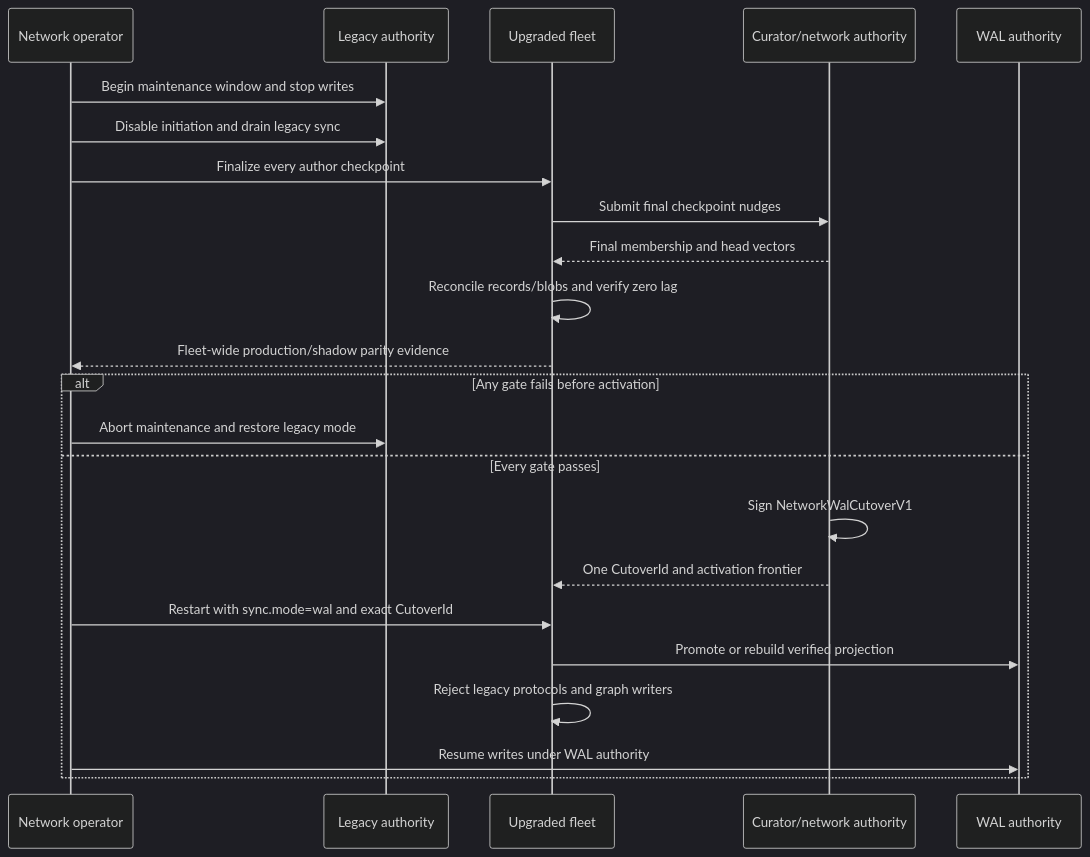
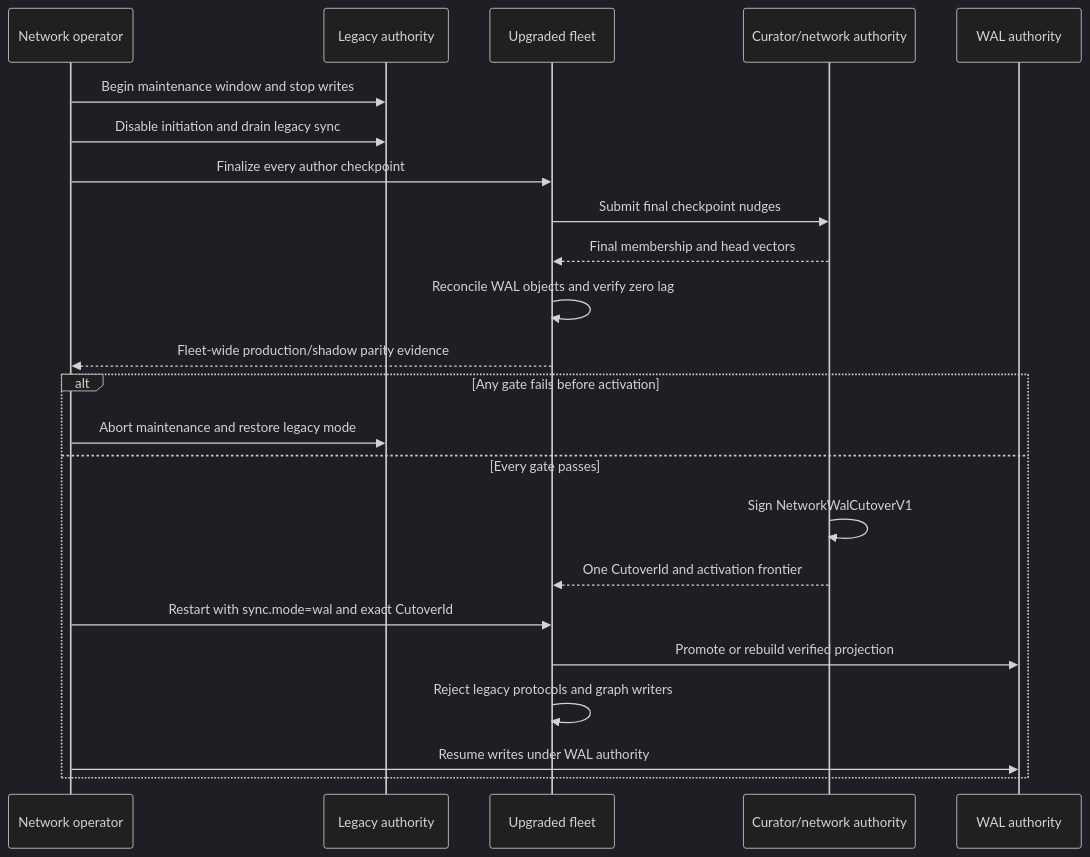
Before and after one commit to OriginTrail/dkg: the seventh of 7 diagrams in docs/active-now/wal-parallel-protocol-task-pack/OT-RFC-65-wal-byte-set-reconciliation-sync.md, drawn with Mermaid (dark theme). The commit also changed other lines of this file and 4 other files, not shown here.

````diff
--- a/docs/active-now/wal-parallel-protocol-task-pack/OT-RFC-65-wal-byte-set-reconciliation-sync.md
+++ b/docs/active-now/wal-parallel-protocol-task-pack/OT-RFC-65-wal-byte-set-reconciliation-sync.md
@@ -1144,26 +1336,26 @@
 ```mermaid
 sequenceDiagram
     participant O as Network operator
     participant L as Legacy authority
     participant N as Upgraded fleet
     participant C as Curator/network authority
     participant W as WAL authority
 
     O->>L: Begin maintenance window and stop writes
     O->>L: Disable initiation and drain legacy sync
     O->>N: Finalize every author checkpoint
     N->>C: Submit final checkpoint nudges
     C-->>N: Final membership and head vectors
-    N->>N: Reconcile records/blobs and verify zero lag
+    N->>N: Reconcile WAL objects and verify zero lag
     N-->>O: Fleet-wide production/shadow parity evidence
     alt Any gate fails before activation
         O->>L: Abort maintenance and restore legacy mode
     else Every gate passes
         C->>C: Sign NetworkWalCutoverV1
         C-->>N: One CutoverId and activation frontier
         O->>N: Restart with sync.mode=wal and exact CutoverId
         N->>W: Promote or rebuild verified projection
         N->>N: Reject legacy protocols and graph writers
         O->>W: Resume writes under WAL authority
     end
 ```
````
